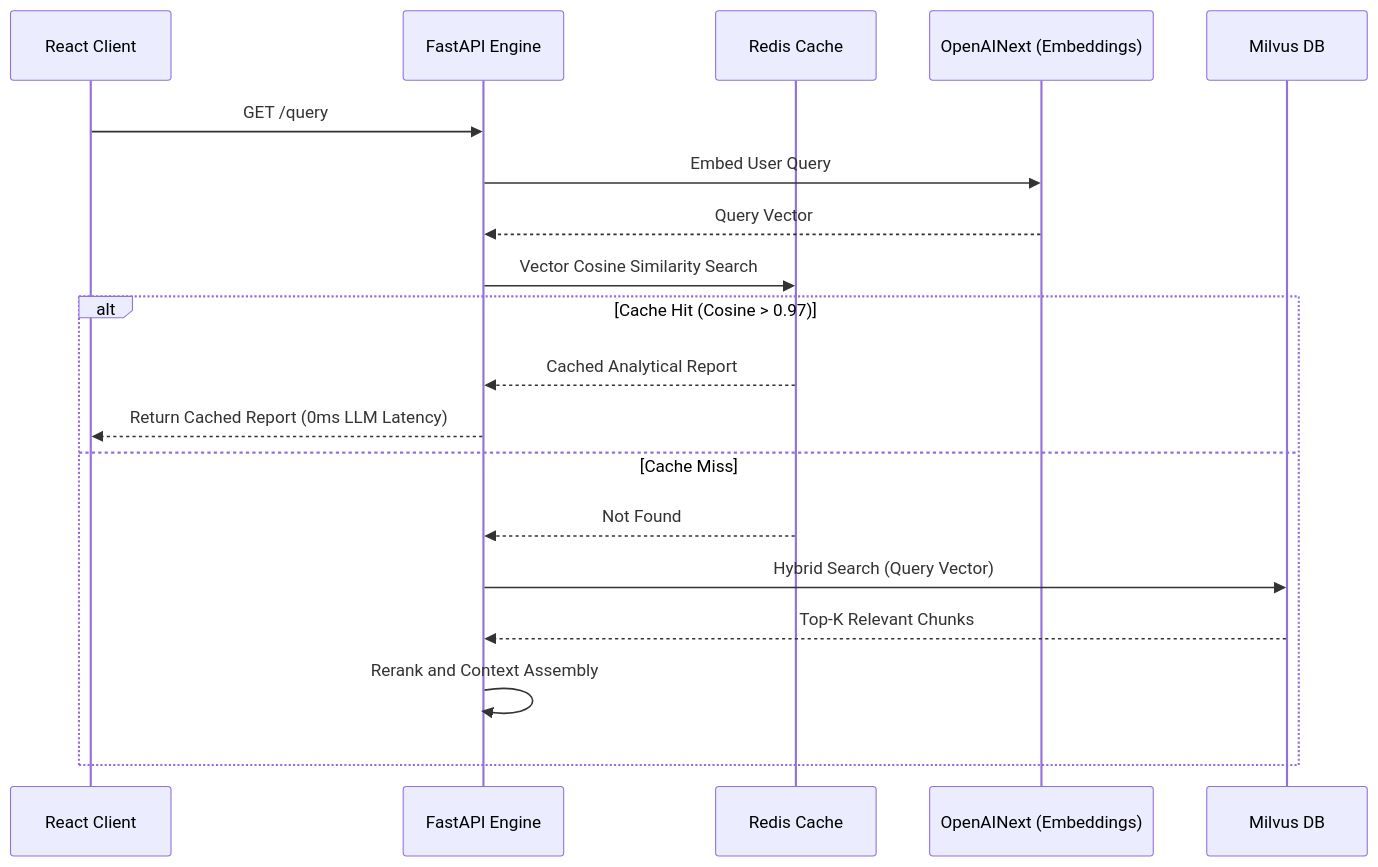
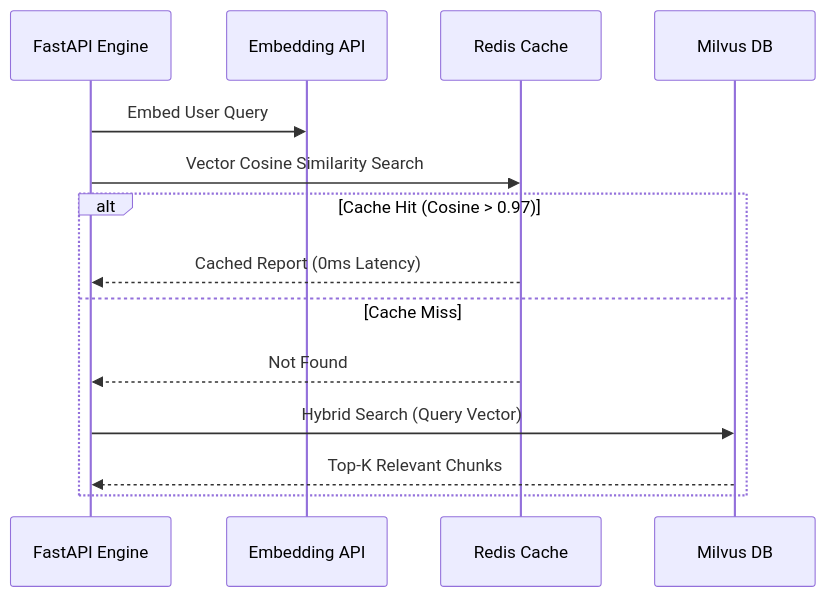
Before and after one commit to joe-ging/AI_Stock_Analyst_Enterprise: the third of 4 diagrams in README.md, drawn with Mermaid. The commit also changed other lines of this file and 1 other file, not shown here.

````diff
--- a/README.md
+++ b/README.md
@@ -74,23 +105,17 @@
 ```mermaid
 sequenceDiagram
-    participant UI as React Client
     participant Engine as FastAPI Engine
+    participant AI as Embedding API
     participant Redis as Redis Cache
-    participant AI as OpenAINext (Embeddings)
     participant Milvus as Milvus DB
     
-    UI->>Engine: GET /query
     Engine->>AI: Embed User Query
-    AI-->>Engine: Query Vector
-    
     Engine->>Redis: Vector Cosine Similarity Search
     alt Cache Hit (Cosine > 0.97)
-        Redis-->>Engine: Cached Analytical Report
-        Engine-->>UI: Return Cached Report (0ms LLM Latency)
+        Redis-->>Engine: Cached Report (0ms Latency)
     else Cache Miss
         Redis-->>Engine: Not Found
         Engine->>Milvus: Hybrid Search (Query Vector)
         Milvus-->>Engine: Top-K Relevant Chunks
-        Engine->>Engine: Rerank and Context Assembly
     end
 ```
````
